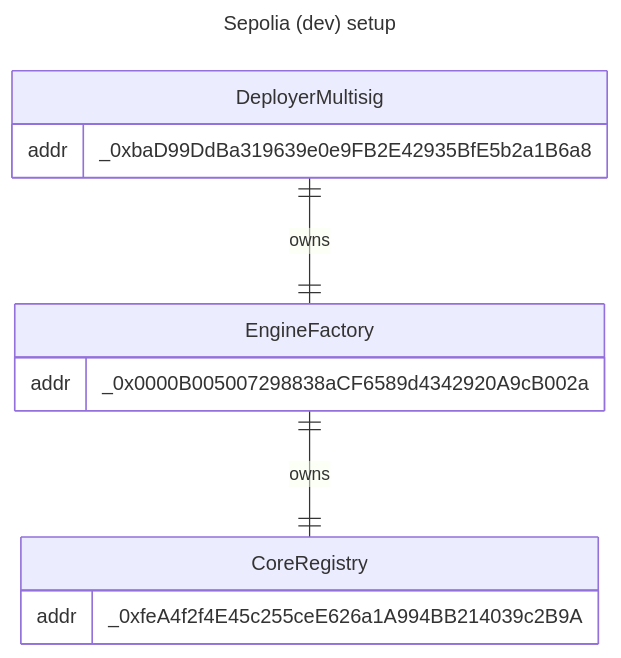
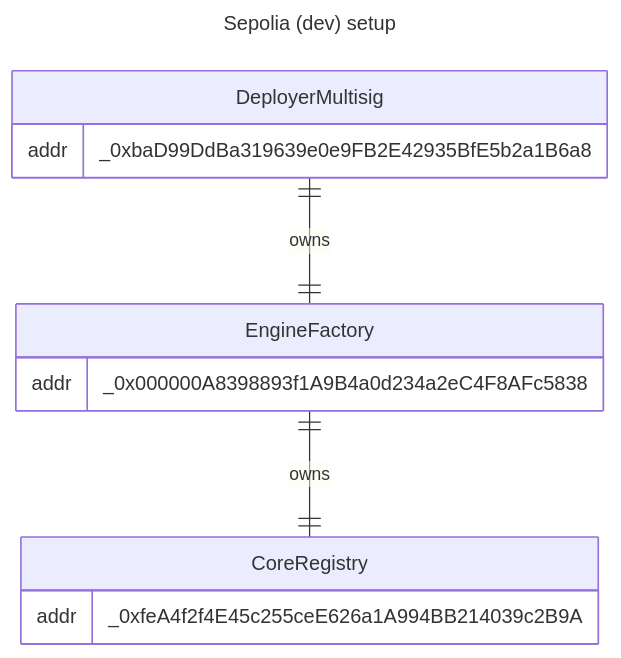
One commit to void-smith660/artblocks-contracts changed the fourth of 4 diagrams in packages/contracts/INFRASTRUCTURE.md. Above: the diagram before and after it, drawn with Mermaid. The commit also changed other lines of this file and 8 other files, not shown here.

````diff
--- a/packages/contracts/INFRASTRUCTURE.md
+++ b/packages/contracts/INFRASTRUCTURE.md
@@ -89,17 +87,17 @@
 ```mermaid
 ---
 title: Sepolia (dev) setup
 ---
 erDiagram
     DeployerMultisig ||--|| EngineFactory : owns
     EngineFactory ||--|| CoreRegistry : owns
     DeployerMultisig {
         addr _0xbaD99DdBa319639e0e9FB2E42935BfE5b2a1B6a8
     }
     EngineFactory {
-        addr _0x0000B005007298838aCF6589d4342920A9cB002a
+        addr _0x000000A8398893f1A9B4a0d234a2eC4F8AFc5838
     }
     CoreRegistry {
         addr _0xfeA4f2f4E45c255ceE626a1A994BB214039c2B9A
     }
 ```
````
